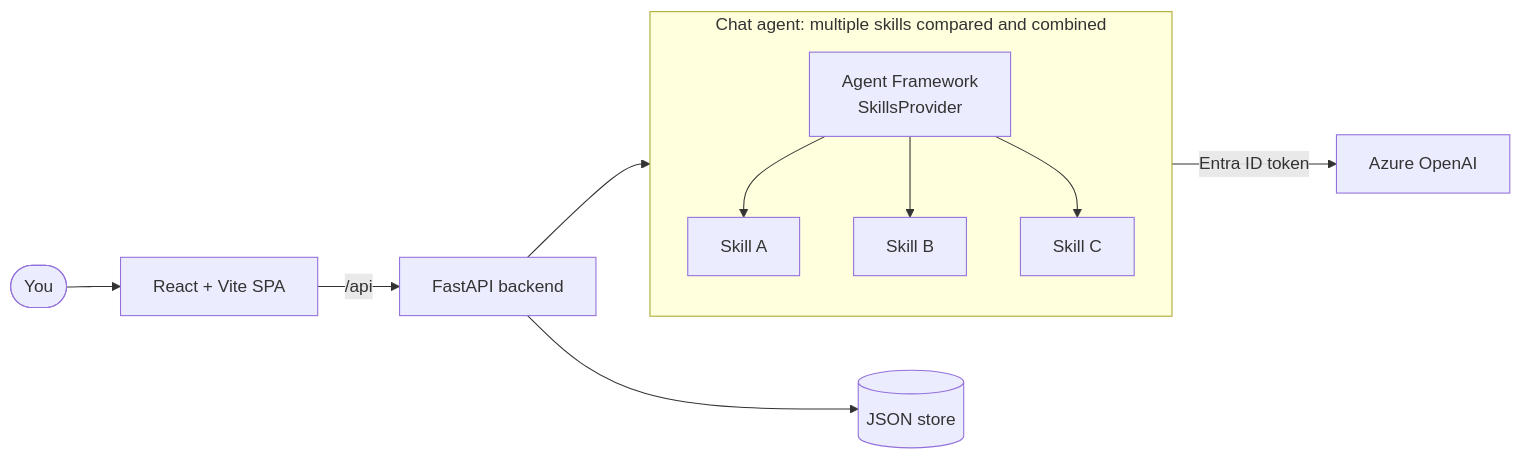
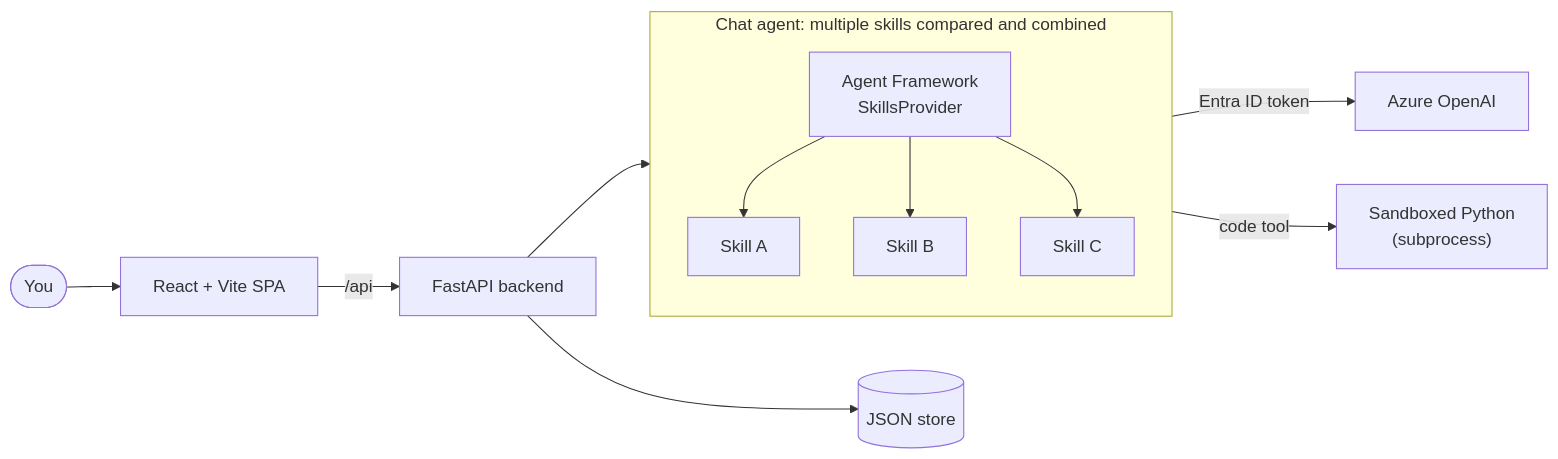
Before and after one commit to obrocki/agent-skills-dev-studio: the diagram in README.md, drawn with Mermaid. The commit also changed other lines of this file and 15 other files, not shown here.

Commit message:
Enhance README and implement executable skills feature with sandboxed Python execution

````diff
--- a/README.md
+++ b/README.md
@@ -33,20 +34,21 @@
 ```mermaid
 flowchart LR
     You([You]) --> SPA["React + Vite SPA"]
     SPA -->|/api| API["FastAPI backend"]
     API --> Store[("JSON store")]
 
     subgraph Chat["Chat agent: multiple skills compared and combined"]
         direction TB
         AF["Agent Framework<br/>SkillsProvider"]
         S1["Skill A"]
         S2["Skill B"]
         S3["Skill C"]
         AF --> S1
         AF --> S2
         AF --> S3
     end
 
     API --> Chat
     Chat -->|Entra ID token| AOAI["Azure OpenAI"]
+    Chat -->|code tool| Exec["Sandboxed Python<br/>(subprocess)"]
 ```
````
